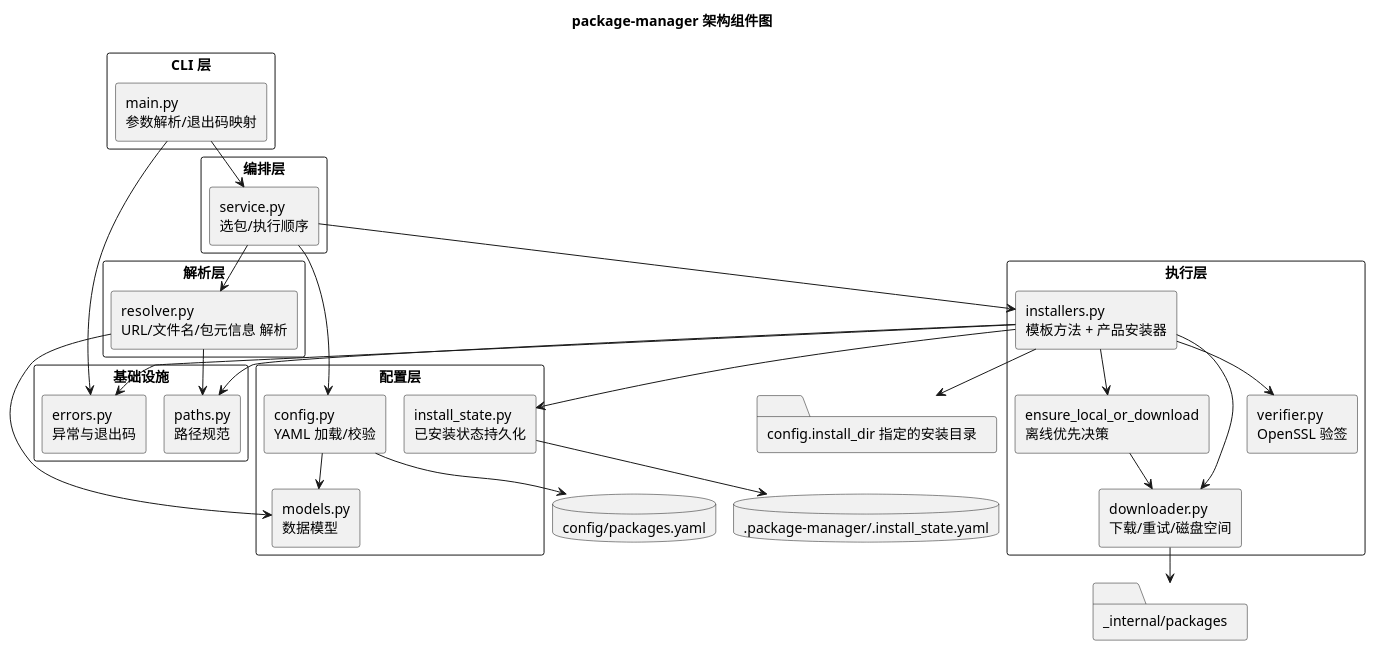
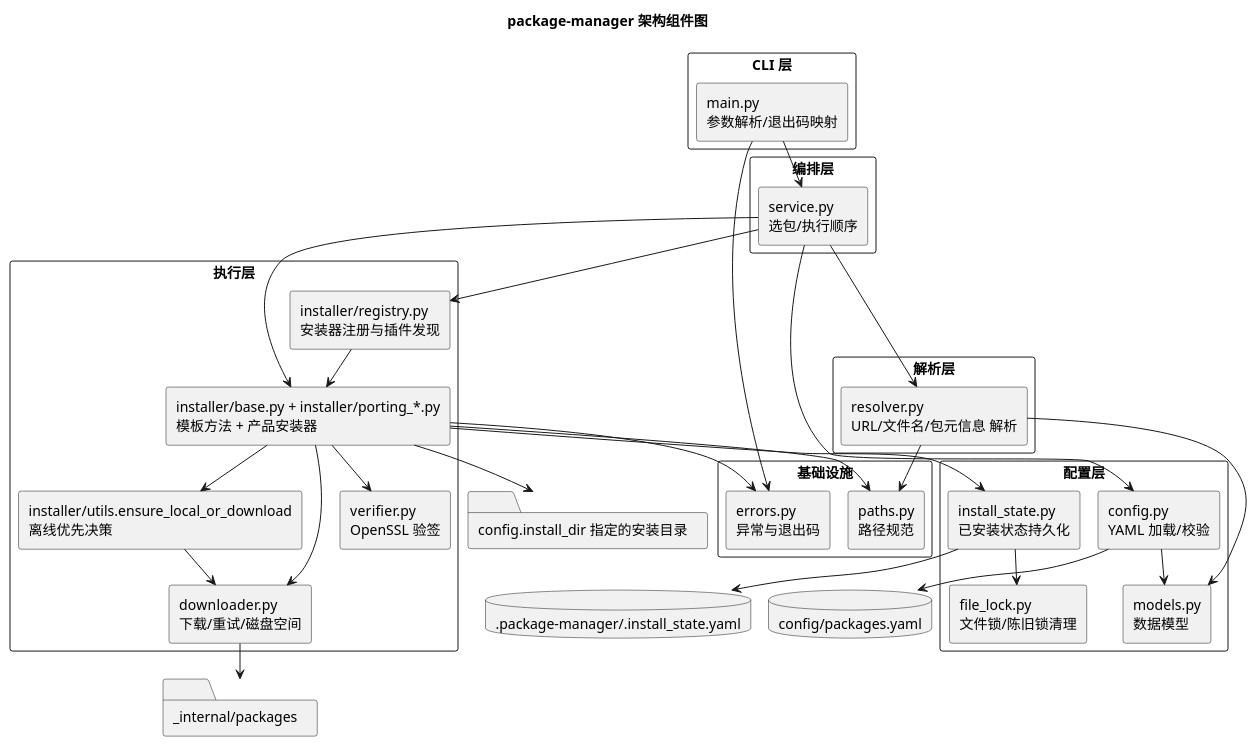
Before and after one commit to F350150/package: the diagram in docs/puml/architecture_component.puml, drawn with PlantUML. The commit also changed 36 other files, not shown here.

Commit message:
feat: harden installer lock/retry flow and refresh e2e docs

```diff
--- a/docs/puml/architecture_component.puml
+++ b/docs/puml/architecture_component.puml
@@ -1,67 +1,72 @@
 @startuml
 !pragma layout smetana
 skinparam componentStyle rectangle
 skinparam packageStyle rectangle
 
 title package-manager 架构组件图
 
 package "CLI 层" {
   [main.py\n参数解析/退出码映射]
 }
 
 package "编排层" {
   [service.py\n选包/执行顺序]
 }
 
 package "配置层" {
   [config.py\nYAML 加载/校验]
   [models.py\n数据模型]
   [install_state.py\n已安装状态持久化]
+  [file_lock.py\n文件锁/陈旧锁清理]
 }
 
 package "解析层" {
   [resolver.py\nURL/文件名/包元信息 解析]
 }
 
 package "执行层" {
-  [installers.py\n模板方法 + 产品安装器]
-  [ensure_local_or_download\n离线优先决策]
+  [installer/base.py + installer/porting_*.py\n模板方法 + 产品安装器]
+  [installer/registry.py\n安装器注册与插件发现]
+  [installer/utils.ensure_local_or_download\n离线优先决策]
   [downloader.py\n下载/重试/磁盘空间]
   [verifier.py\nOpenSSL 验签]
 }
 
 package "基础设施" {
   [paths.py\n路径规范]
   [errors.py\n异常与退出码]
 }
 
 database "config/packages.yaml" as yaml
 database ".package-manager/.install_state.yaml" as state
 folder "_internal/packages" as cache
 folder "config.install_dir 指定的安装目录" as install_root
 
 [main.py\n参数解析/退出码映射] --> [service.py\n选包/执行顺序]
 [service.py\n选包/执行顺序] --> [config.py\nYAML 加载/校验]
 [service.py\n选包/执行顺序] --> [resolver.py\nURL/文件名/包元信息 解析]
-[service.py\n选包/执行顺序] --> [installers.py\n模板方法 + 产品安装器]
+[service.py\n选包/执行顺序] --> [installer/registry.py\n安装器注册与插件发现]
+[service.py\n选包/执行顺序] --> [installer/base.py + installer/porting_*.py\n模板方法 + 产品安装器]
 
 [config.py\nYAML 加载/校验] --> [models.py\n数据模型]
 [config.py\nYAML 加载/校验] --> yaml
 [resolver.py\nURL/文件名/包元信息 解析] --> [models.py\n数据模型]
 [resolver.py\nURL/文件名/包元信息 解析] --> [paths.py\n路径规范]
 
-[installers.py\n模板方法 + 产品安装器] --> [install_state.py\n已安装状态持久化]
-[installers.py\n模板方法 + 产品安装器] --> [ensure_local_or_download\n离线优先决策]
-[ensure_local_or_download\n离线优先决策] --> [downloader.py\n下载/重试/磁盘空间]
-[installers.py\n模板方法 + 产品安装器] --> [downloader.py\n下载/重试/磁盘空间]
-[installers.py\n模板方法 + 产品安装器] --> [verifier.py\nOpenSSL 验签]
-[installers.py\n模板方法 + 产品安装器] --> [paths.py\n路径规范]
-[installers.py\n模板方法 + 产品安装器] --> [errors.py\n异常与退出码]
+[installer/registry.py\n安装器注册与插件发现] --> [installer/base.py + installer/porting_*.py\n模板方法 + 产品安装器]
+[installer/base.py + installer/porting_*.py\n模板方法 + 产品安装器] --> [install_state.py\n已安装状态持久化]
+[install_state.py\n已安装状态持久化] --> [file_lock.py\n文件锁/陈旧锁清理]
+[installer/base.py + installer/porting_*.py\n模板方法 + 产品安装器] --> [installer/utils.ensure_local_or_download\n离线优先决策]
+[installer/utils.ensure_local_or_download\n离线优先决策] --> [downloader.py\n下载/重试/磁盘空间]
+[installer/base.py + installer/porting_*.py\n模板方法 + 产品安装器] --> [downloader.py\n下载/重试/磁盘空间]
+[installer/base.py + installer/porting_*.py\n模板方法 + 产品安装器] --> [verifier.py\nOpenSSL 验签]
+[installer/base.py + installer/porting_*.py\n模板方法 + 产品安装器] --> [paths.py\n路径规范]
+[installer/base.py + installer/porting_*.py\n模板方法 + 产品安装器] --> [errors.py\n异常与退出码]
 
 [install_state.py\n已安装状态持久化] --> state
 [downloader.py\n下载/重试/磁盘空间] --> cache
-[installers.py\n模板方法 + 产品安装器] --> install_root
+[installer/base.py + installer/porting_*.py\n模板方法 + 产品安装器] --> install_root
 
 [main.py\n参数解析/退出码映射] --> [errors.py\n异常与退出码]
 
 @enduml
```
